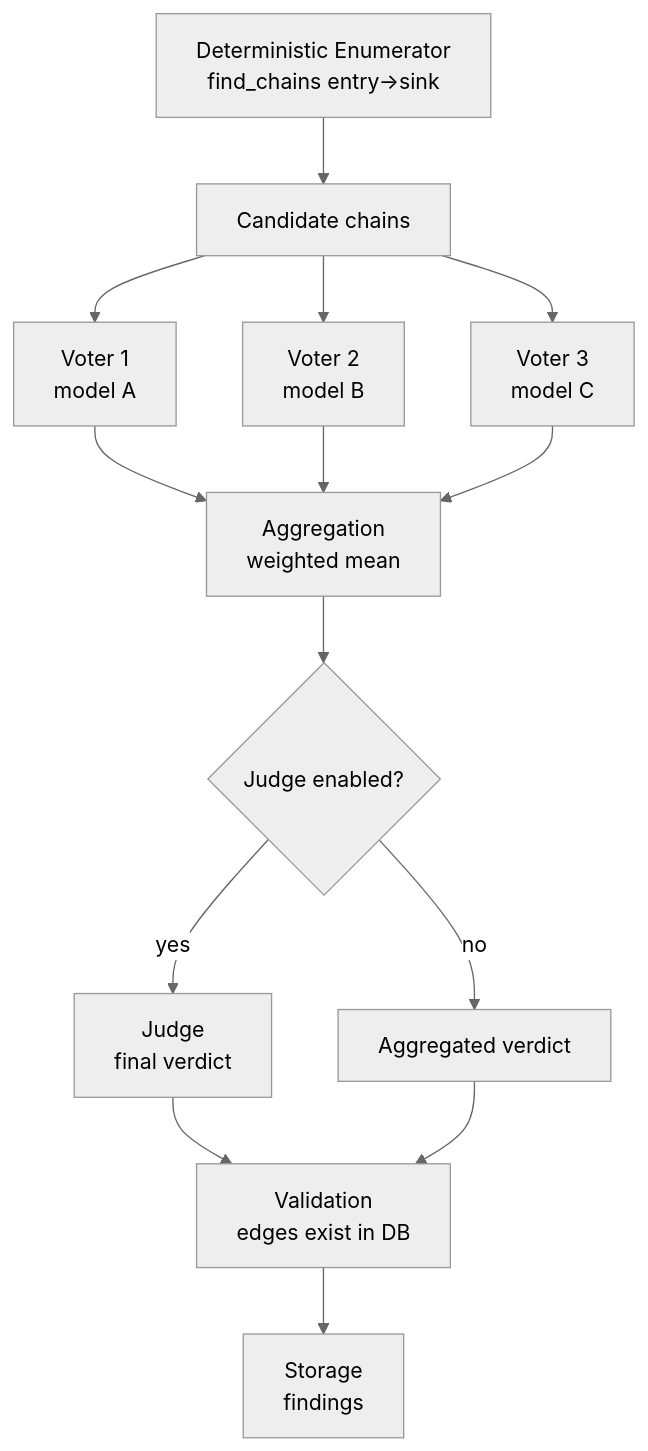
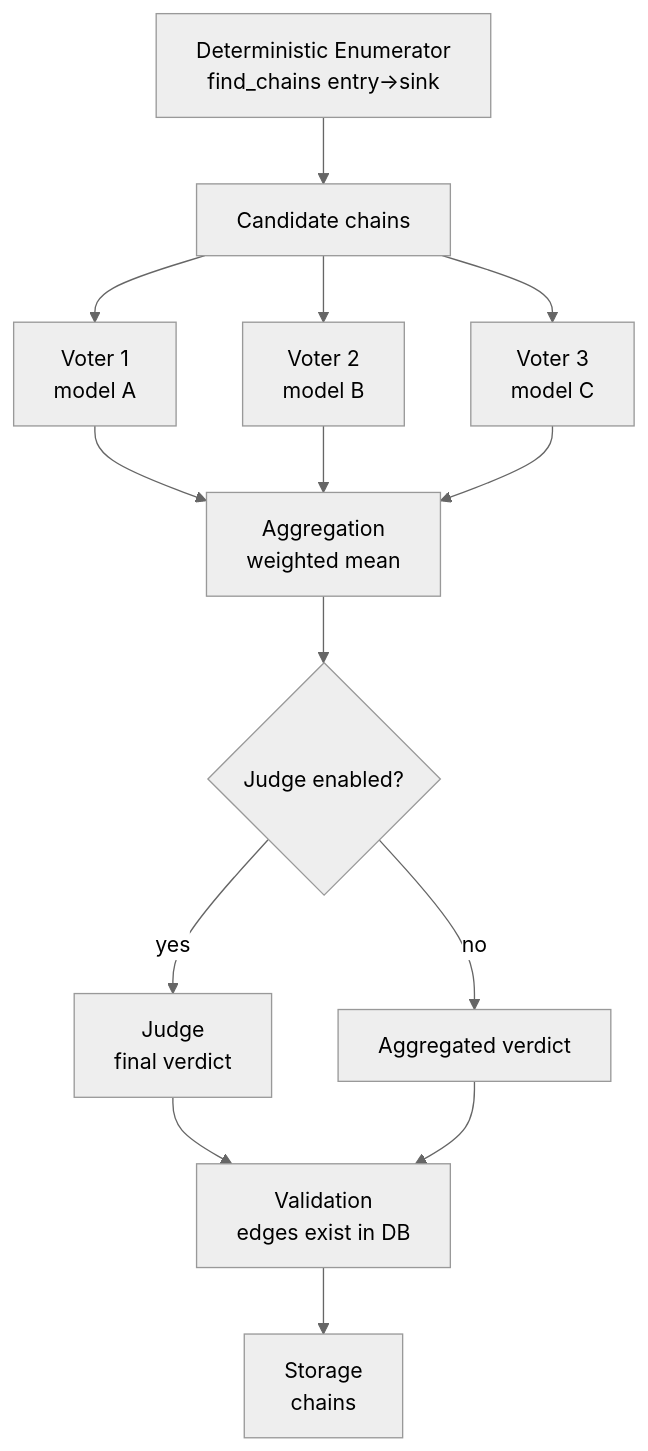
The diagram in Documentation/ADR/ADR_005.md (Malinowiy/AICorellator), drawn with Mermaid (neutral theme) before and after one commit. The commit also changed other lines of this file and 3 other files, not shown here.

Commit message:
Fixes, +schema.sql

````diff
--- a/Documentation/ADR/ADR_005.md
+++ b/Documentation/ADR/ADR_005.md
@@ -25,16 +25,16 @@
 ```mermaid
 flowchart TB
     ENUM[Deterministic Enumerator<br/>find_chains entry→sink] --> CAND[Candidate chains]
     CAND --> V1[Voter 1<br/>model A]
     CAND --> V2[Voter 2<br/>model B]
     CAND --> V3[Voter 3<br/>model C]
     V1 --> AGG[Aggregation<br/>weighted mean]
     V2 --> AGG
     V3 --> AGG
     AGG --> JUDGE{Judge enabled?}
     JUDGE -->|yes| JD[Judge<br/>final verdict]
     JUDGE -->|no| FIN[Aggregated verdict]
     JD --> VAL[Validation<br/>edges exist in DB]
     FIN --> VAL
-    VAL --> STORE[Storage<br/>findings]
+    VAL --> STORE[Storage<br/>chains]
 ```
````
